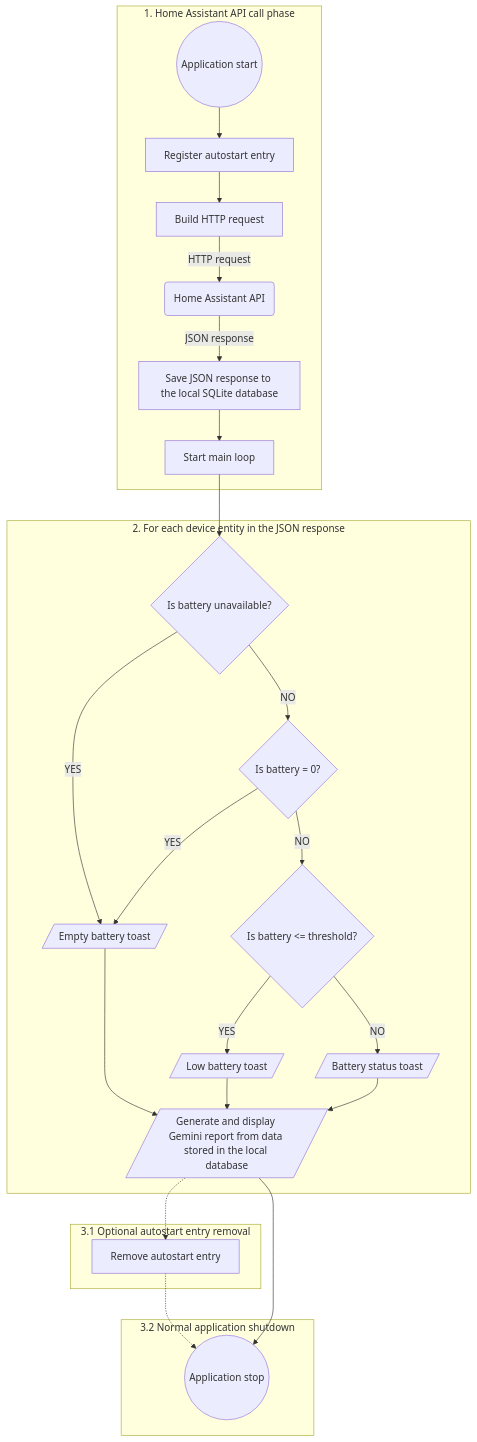
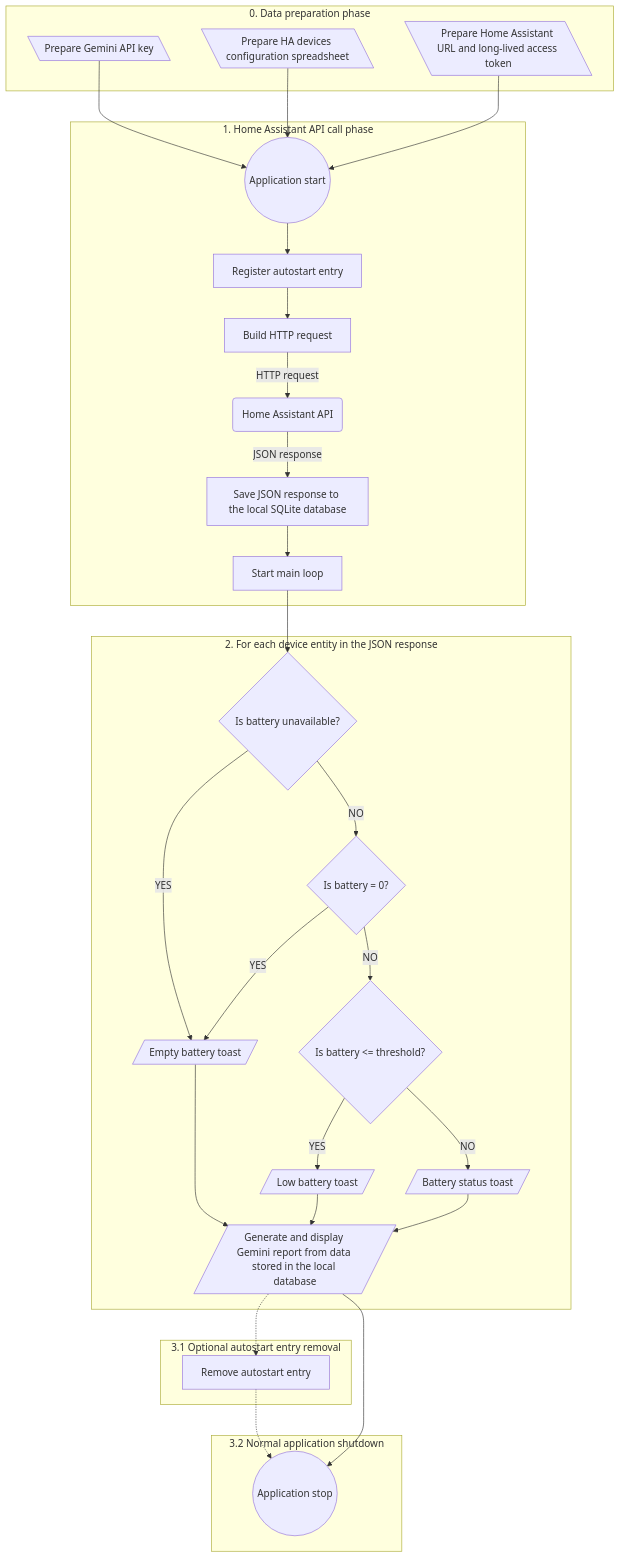
One commit to ToMiDevelop/HABatteryCheckerForWindows changed the diagram in README.md. Above: the diagram before and after it, drawn with Mermaid. The commit also changed other lines of this file and 10 other files, not shown here.

Commit message:
Detached HA devices configuration from source code - now the user just load a specific spreadsheet at first use.

````diff
--- a/README.md
+++ b/README.md
@@ -72,44 +158,55 @@
 ```mermaid
 graph TD
+HAApi@{shape: lean-l, label: "Prepare Home Assistant URL and long-lived access token"}
+GeminiApi@{shape: lean-l, label: "Prepare Gemini API key"}
+Excel@{shape: lean-l, label: "Prepare HA devices configuration spreadsheet"}
 Start((Application start))
 Stop((Application stop))
 TaskOn[Register autostart entry]
 TaskOff[Remove autostart entry]
 ConstructRequest[Build HTTP request]
 Api(Home Assistant API)
 BatUnav{Is battery unavailable?};
 Low@{shape: lean-r, label: "Low battery toast"}
 Full@{shape: lean-r, label: "Battery status toast"}
 Empty@{shape: lean-r, label: "Empty battery toast"}
 Zero{Is battery = 0?}
 Threshold{Is battery <= threshold?}
 Loop[Start main loop]
 Gemini@{shape: lean-r, label: "Generate and display Gemini report from data stored in the local database"}
 LocalDB[Save JSON response to the local SQLite database]
+subgraph preparation [0. Data preparation phase]
+    GeminiApi
+    Excel
+    HAApi
+end
 subgraph start [1. Home Assistant API call phase]
+    GeminiApi --> Start
+    Excel --> Start
+    HAApi --> Start
     Start --> TaskOn
     TaskOn --> ConstructRequest
     ConstructRequest -->|HTTP request| Api
     Api -->|JSON response| LocalDB
     LocalDB --> Loop
 end
 subgraph for [2. For each device entity in the JSON response]
     Loop --> BatUnav
     BatUnav -->|YES| Empty
     BatUnav -->|NO| Zero
     Zero -->|YES| Empty
     Zero -->|NO| Threshold
     Threshold -->|YES| Low
     Threshold -->|NO| Full
     Empty --> Gemini
     Low --> Gemini
     Full --> Gemini
 end
 subgraph optional [3.1 Optional autostart entry removal]
     Gemini -.-> TaskOff
 end
 subgraph normal [3.2 Normal application shutdown]
     TaskOff -.-> Stop
     Gemini --> Stop
 end
 ```
````
